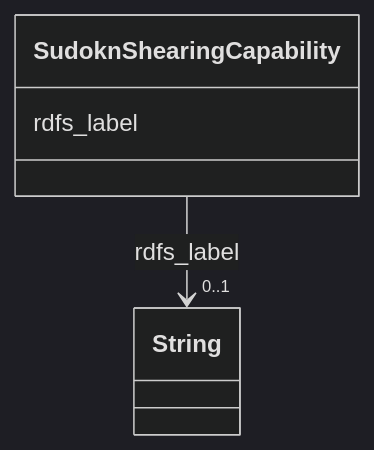
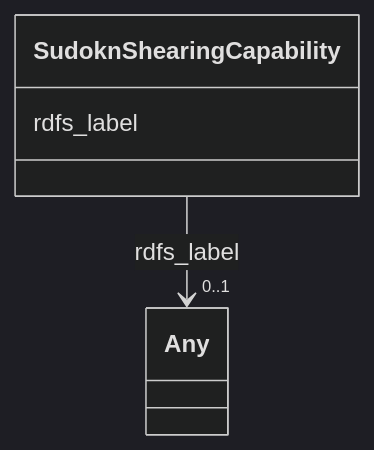
The diagram in sudokn-kg/classes/SudoknShearingCapability.md (frink-okn/graph-descriptions), drawn with Mermaid (dark theme) before and after one commit. The commit also changed other lines of this file and 903 other files, not shown here.

````diff
--- a/sudokn-kg/classes/SudoknShearingCapability.md
+++ b/sudokn-kg/classes/SudoknShearingCapability.md
@@ -23,15 +18,15 @@
 ```mermaid
  classDiagram
     class SudoknShearingCapability
     click SudoknShearingCapability href "../SudoknShearingCapability"
       SudoknShearingCapability : rdfs_label
         
           
     
     
-    SudoknShearingCapability --> "0..1" String : rdfs_label
-    click String href "../String"
+    SudoknShearingCapability --> "0..1" Any : rdfs_label
+    click Any href "../Any"
 
         
       
 ```
````
